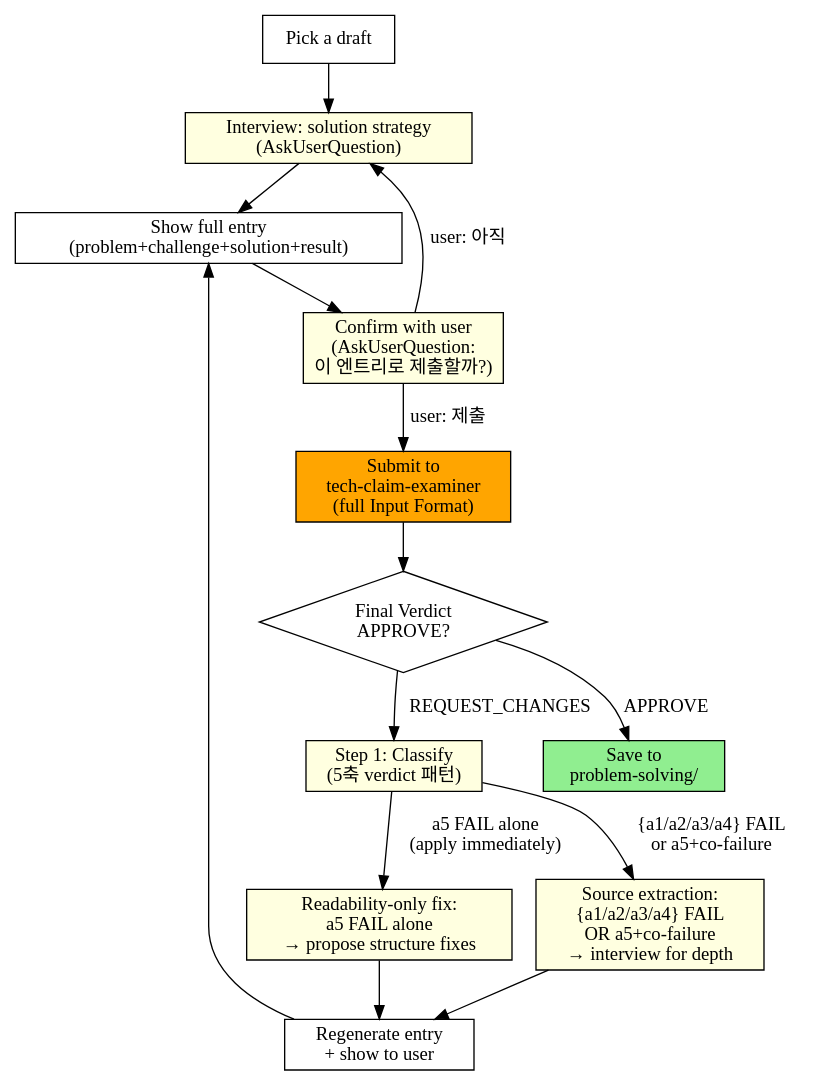
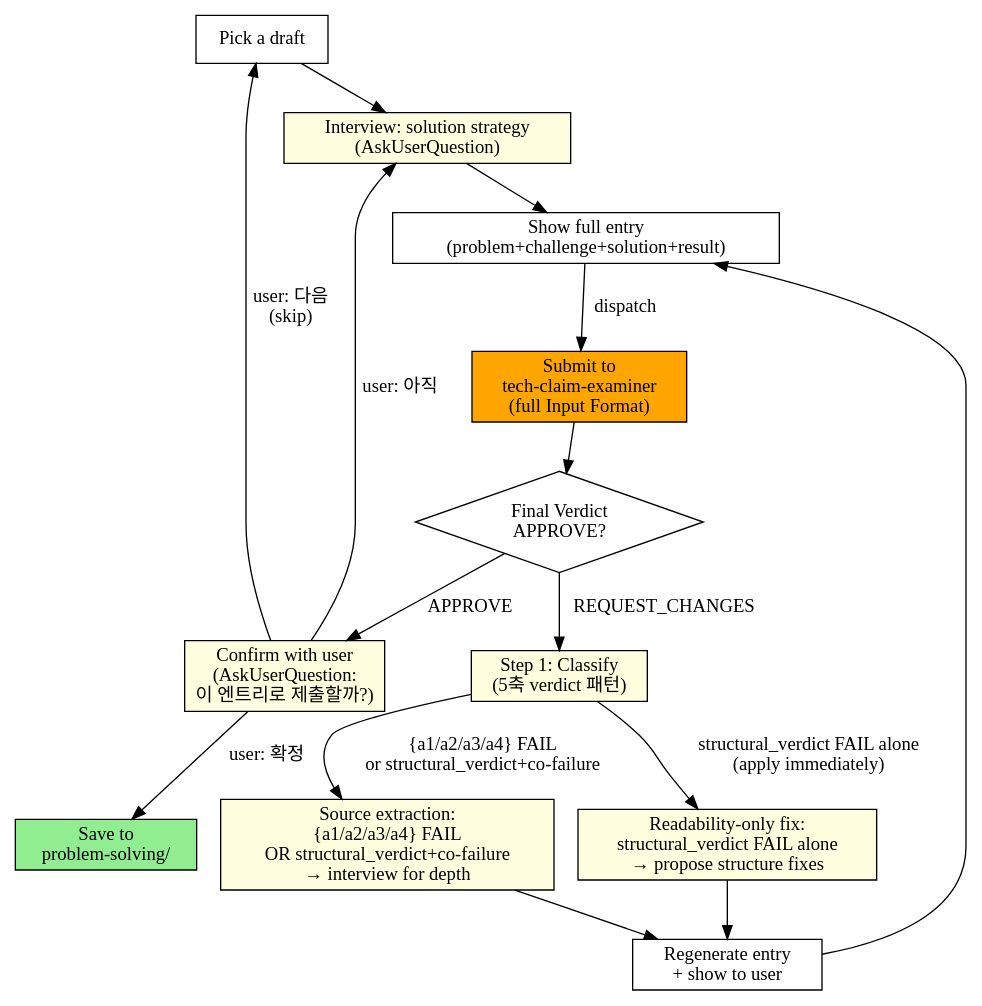
Before and after one commit to toongri/oh-my-toong-playground: the third of 3 diagrams in skills/resume-forge/SKILL.md, drawn with Graphviz. The commit also changed other lines of this file and 1 other file, not shown here.

Commit message:
refactor(resume-forge): A5 routing → structural_verdict 의미 전환 + post-APPROVE confirm-gate

````diff
--- a/skills/resume-forge/SKILL.md
+++ b/skills/resume-forge/SKILL.md
@@ -113,30 +113,31 @@
 ```dot
 digraph loop2 {
     rankdir=TB;
     pick [shape=box, label="Pick a draft"];
     interview [shape=box, label="Interview: solution strategy\n(AskUserQuestion)", style=filled, fillcolor=lightyellow];
     show [shape=box, label="Show full entry\n(problem+challenge+solution+result)"];
     confirm [shape=box, label="Confirm with user\n(AskUserQuestion:\n이 엔트리로 제출할까?)", style=filled, fillcolor=lightyellow];
     exam [shape=box, label="Submit to\ntech-claim-examiner\n(full Input Format)", style=filled, fillcolor=orange];
     check [shape=diamond, label="Final Verdict\nAPPROVE?"];
     save [shape=box, label="Save to\nproblem-solving/", style=filled, fillcolor=lightgreen];
-    e_fail [shape=box, label="Source extraction:\n{a1/a2/a3/a4} FAIL\nOR a5+co-failure\n→ interview for depth", style=filled, fillcolor=lightyellow];
-    r_fail [shape=box, label="Readability-only fix:\na5 FAIL alone\n→ propose structure fixes", style=filled, fillcolor=lightyellow];
+    e_fail [shape=box, label="Source extraction:\n{a1/a2/a3/a4} FAIL\nOR structural_verdict+co-failure\n→ interview for depth", style=filled, fillcolor=lightyellow];
+    r_fail [shape=box, label="Readability-only fix:\nstructural_verdict FAIL alone\n→ propose structure fixes", style=filled, fillcolor=lightyellow];
     revise [shape=box, label="Regenerate entry\n+ show to user"];
 
     pick -> interview;
     interview -> show;
-    show -> confirm;
-    confirm -> exam [label="user: 제출"];
+    show -> exam [label="dispatch"];
+    exam -> check;
+    check -> confirm [label="APPROVE"];
+    check -> classify [label="REQUEST_CHANGES"];
+    confirm -> save [label="user: 확정"];
     confirm -> interview [label="user: 아직"];
-    exam -> check;
-    check -> save [label="APPROVE"];
-    check -> classify [label="REQUEST_CHANGES"];
+    confirm -> pick [label="user: 다음\n(skip)"];
     classify [shape=box, label="Step 1: Classify\n(5축 verdict 패턴)", style=filled, fillcolor=lightyellow];
-    classify -> r_fail [label="a5 FAIL alone\n(apply immediately)"];
-    classify -> e_fail [label="{a1/a2/a3/a4} FAIL\nor a5+co-failure"];
+    classify -> r_fail [label="structural_verdict FAIL alone\n(apply immediately)"];
+    classify -> e_fail [label="{a1/a2/a3/a4} FAIL\nor structural_verdict+co-failure"];
     e_fail -> revise;
     r_fail -> revise;
     revise -> show;
 }
 ```
````
